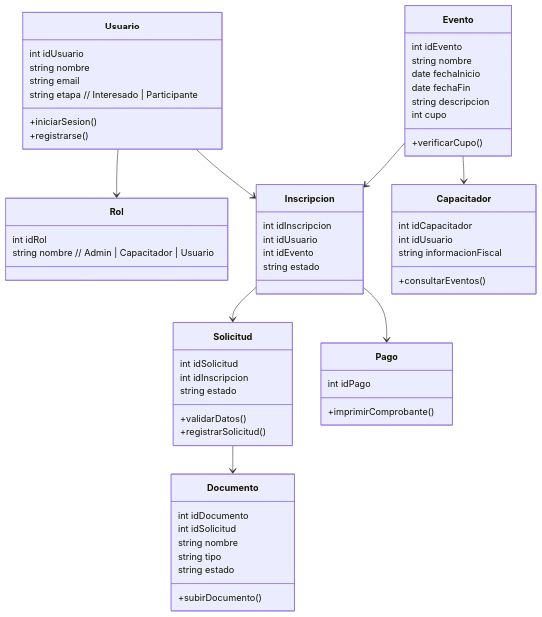
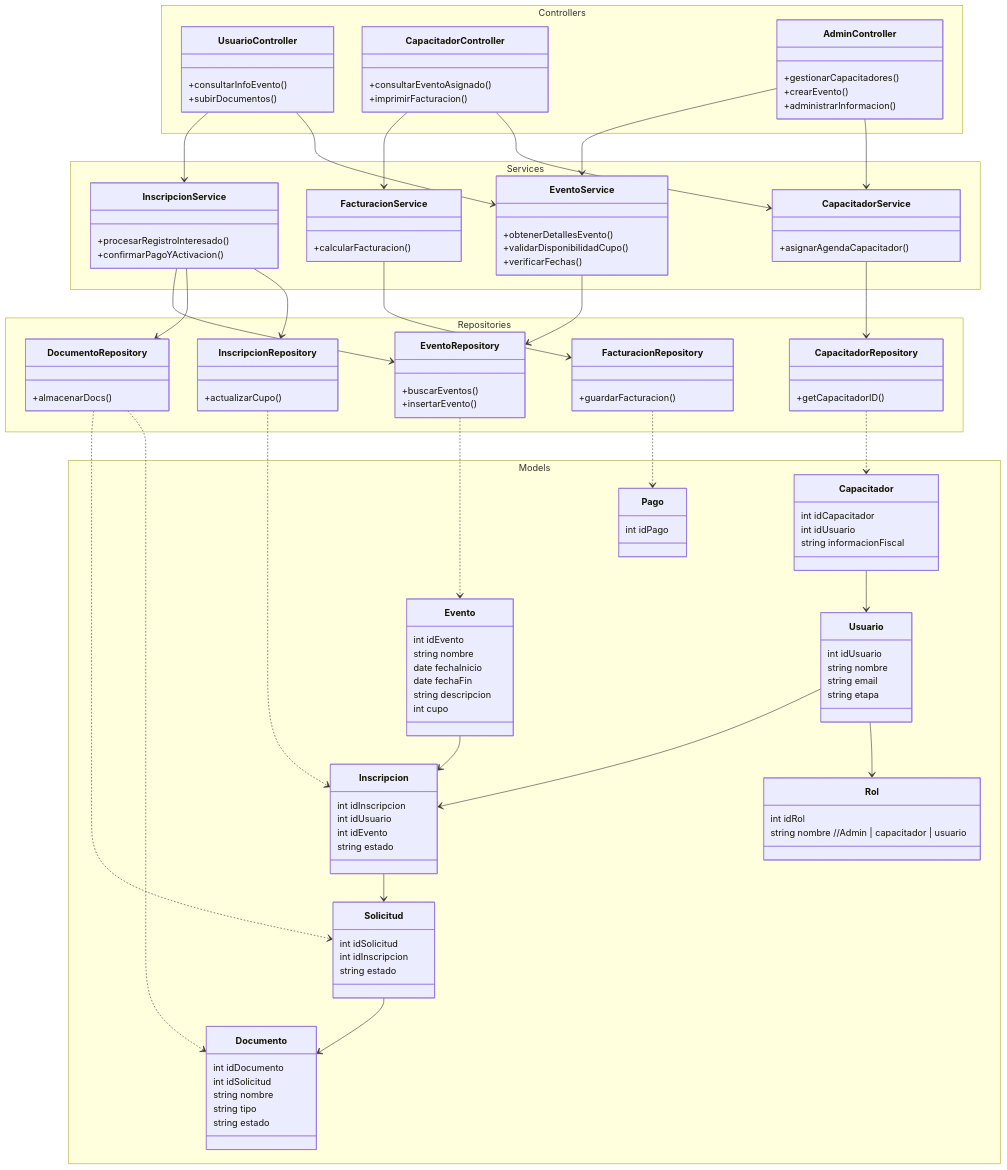
One commit to Killercrod/SoftwareDesign changed the second of 2 diagrams in README.md. Above: the diagram before and after it, drawn with Mermaid.

````diff
--- a/README.md
+++ b/README.md
@@ -187,73 +189,125 @@
 ```mermaid
 classDiagram
-
-class Usuario {
-  int idUsuario
-  string nombre
-  string email
-  string etapa   // Interesado | Participante
-  +iniciarSesion()
-  +registrarse()
-}
-
-class Rol {
-  int idRol
-  string nombre  // Admin | Capacitador | Usuario
-}
-
-class Evento {
-  int idEvento
-  string nombre
-  date fechaInicio
-  date fechaFin
-  string descripcion
-  int cupo
-  +verificarCupo()
-}
-
-class Inscripcion {
-  int idInscripcion
-  int idUsuario
-  int idEvento
-  string estado
-}
-
-class Solicitud {
-  int idSolicitud
-  int idInscripcion
-  string estado
-  +validarDatos()
-  +registrarSolicitud()
-}
-
-class Documento {
-  int idDocumento
-  int idSolicitud
-  string nombre
-  string tipo
-  string estado
-  +subirDocumento()
-}
-
-class Pago {
-  int idPago
-  +imprimirComprobante()
-}
-
-class Capacitador {
-  int idCapacitador
-  int idUsuario
-  string informacionFiscal
-  +consultarEventos()
-}
-
-Usuario --> Rol
-Usuario --> Inscripcion
-
-Evento --> Inscripcion
-Inscripcion --> Solicitud
-Solicitud --> Documento
-Inscripcion --> Pago
-
-Evento --> Capacitador
+    namespace Controllers {
+        class UsuarioController {
+            +consultarInfoEvento()
+            +subirDocumentos()
+            
+        }
+        class CapacitadorController {
+            +consultarEventoAsignado()
+            +imprimirFacturacion()
+        }
+        class AdminController {
+            +gestionarCapacitadores()
+            +crearEvento()
+            +administrarInformacion()
+        }
+    }
+    namespace Services {
+        class EventoService {
+            +obtenerDetallesEvento()
+            +validarDisponibilidadCupo()
+            +verificarFechas()
+        }
+        class InscripcionService {
+            +procesarRegistroInteresado()
+            +confirmarPagoYActivacion()
+        }
+        class FacturacionService {
+            +calcularFacturacion()
+        }
+        class CapacitadorService {
+            +asignarAgendaCapacitador()
+        }
+    }
+    namespace Repositories {
+        class EventoRepository {
+            +buscarEventos()
+            +insertarEvento()
+        }
+        class InscripcionRepository {
+            +actualizarCupo()
+        }
+        class DocumentoRepository {
+            +almacenarDocs()
+        }
+        class CapacitadorRepository {
+            +getCapacitadorID()
+        }
+        class FacturacionRepository {
+            +guardarFacturacion()
+        }
+    }
+    namespace Models {
+        class Usuario {
+            int idUsuario
+            string nombre
+            string email
+            string etapa
+        }
+        class Rol {
+            int idRol
+            string nombre //Admin | capacitador | usuario
+        }
+        class Evento {
+            int idEvento
+            string nombre
+            date fechaInicio
+            date fechaFin
+            string descripcion
+            int cupo
+        }
+        class Inscripcion {
+            int idInscripcion
+            int idUsuario
+            int idEvento
+            string estado
+        }
+        class Solicitud {
+            int idSolicitud
+            int idInscripcion
+            string estado
+        }
+        class Documento {
+            int idDocumento
+            int idSolicitud
+            string nombre
+            string tipo
+            string estado
+        }
+        class Pago {
+            int idPago
+          
+        }
+        class Capacitador {
+            int idCapacitador
+            int idUsuario
+            string informacionFiscal
+        }
+    }
+    UsuarioController --> EventoService
+    UsuarioController --> InscripcionService
+    CapacitadorController --> CapacitadorService
+    CapacitadorController --> FacturacionService
+    AdminController --> CapacitadorService
+    AdminController --> EventoService
+    EventoService --> EventoRepository
+    InscripcionService --> InscripcionRepository
+    InscripcionService --> DocumentoRepository
+    InscripcionService --> EventoRepository
+    FacturacionService --> FacturacionRepository
+    CapacitadorService --> CapacitadorRepository
+    EventoRepository ..> Evento
+    InscripcionRepository ..> Inscripcion
+    DocumentoRepository ..> Documento
+    DocumentoRepository ..> Solicitud
+    CapacitadorRepository ..> Capacitador
+    FacturacionRepository ..> Pago
+    Usuario -->  Rol
+    Usuario  -->  Inscripcion
+    Evento  -->  Inscripcion
+    Inscripcion  -->  Solicitud
+    Solicitud  -->  Documento
+    Capacitador  -->  Usuario
 ```
````
